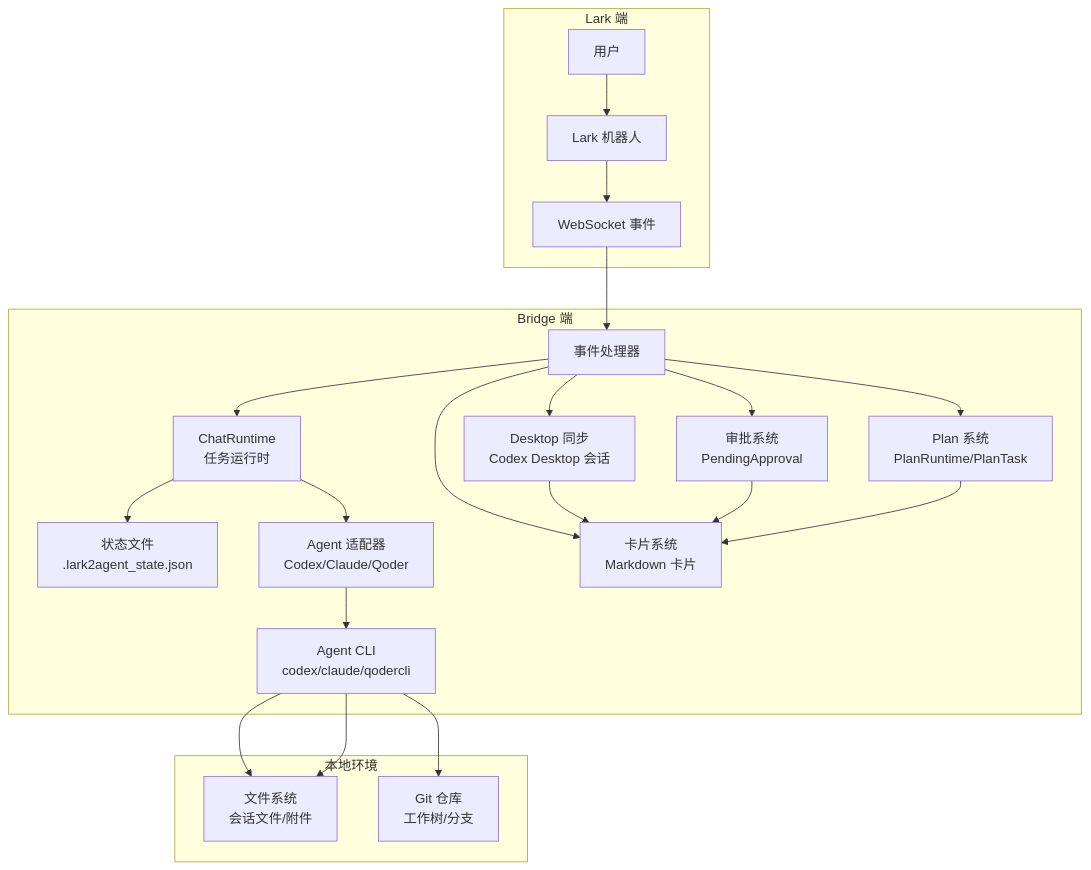
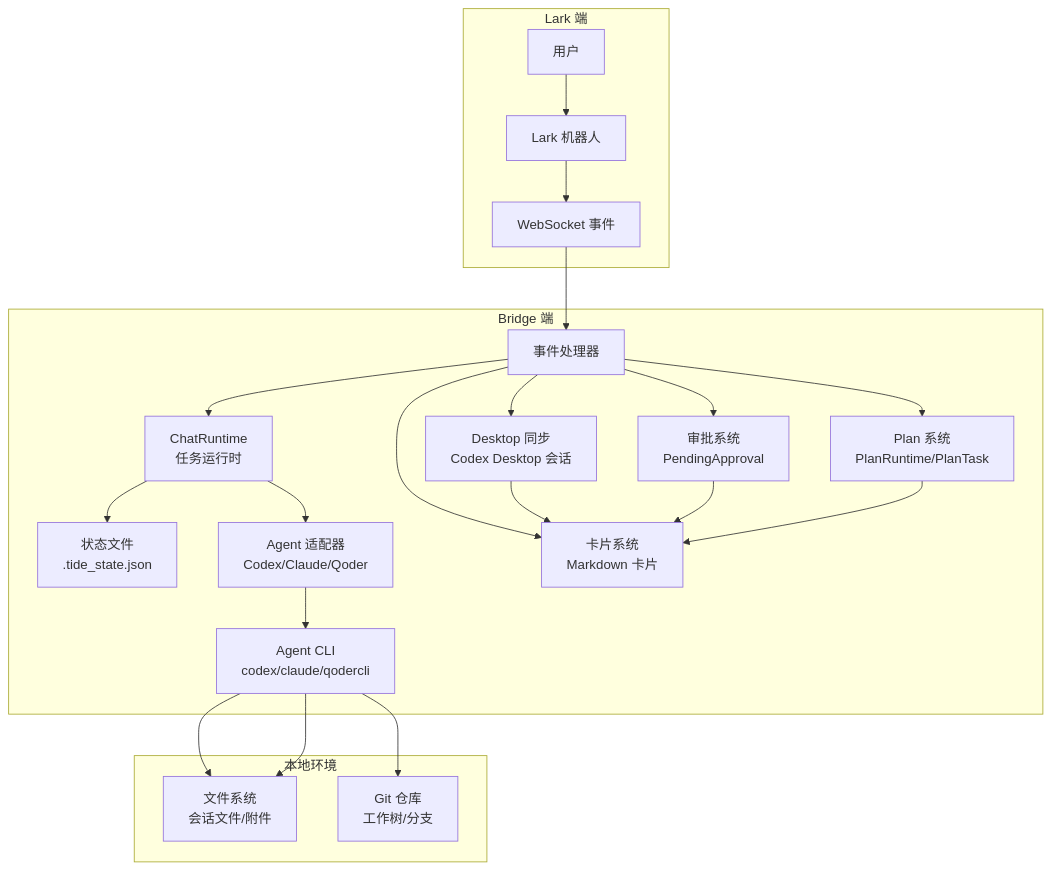
One commit to winditer/tide changed the second of 8 diagrams in .qoder/repowiki/zh/content/核心功能详解/项目和对话管理.md. Above: the diagram before and after it, drawn with Mermaid. The commit also changed other lines of this file and 260 other files, not shown here.

````diff
--- a/.qoder/repowiki/zh/content/核心功能详解/项目和对话管理.md
+++ b/.qoder/repowiki/zh/content/核心功能详解/项目和对话管理.md
@@ -79,36 +79,36 @@
 ```mermaid
 graph TB
 subgraph "Lark 端"
 U["用户"]
 L["Lark 机器人"]
 WS["WebSocket 事件"]
 end
 subgraph "Bridge 端"
 EH["事件处理器"]
 RT["ChatRuntime<br/>任务运行时"]
-ST["状态文件<br/>.lark2agent_state.json"]
+ST["状态文件<br/>.tide_state.json"]
 AD["Agent 适配器<br/>Codex/Claude/Qoder"]
 EX["Agent CLI<br/>codex/claude/qodercli"]
 DC["卡片系统<br/>Markdown 卡片"]
 DS["Desktop 同步<br/>Codex Desktop 会话"]
 PA["审批系统<br/>PendingApproval"]
 PL["Plan 系统<br/>PlanRuntime/PlanTask"]
 end
 subgraph "本地环境"
 FS["文件系统<br/>会话文件/附件"]
 GIT["Git 仓库<br/>工作树/分支"]
 end
 U --> L --> WS --> EH
 EH --> RT
 EH --> PA
 EH --> PL
 EH --> DS
 EH --> DC
 RT --> AD --> EX --> FS
 EX --> FS
 EX --> GIT
 RT --> ST
 DS --> DC
 PA --> DC
 PL --> DC
 ```
````
